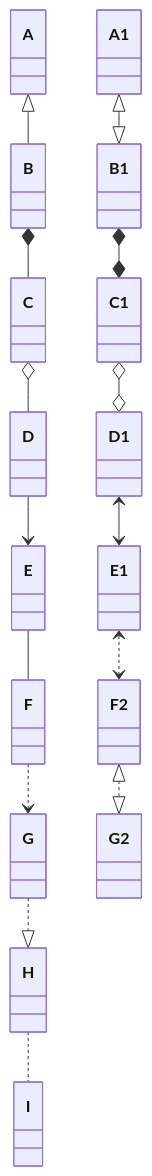
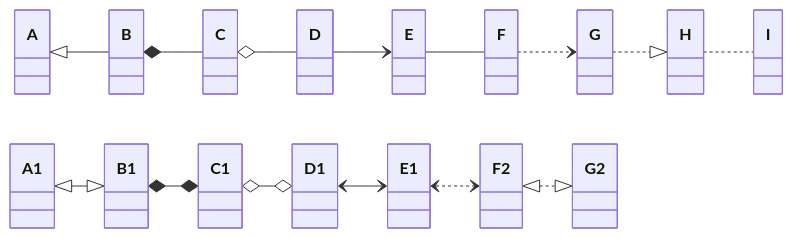
Diagram 11 of 14 in mermaid/类图.md (loulangogogo/blog), drawn with Mermaid before and after one commit. The commit also changed other lines of this file and 2 other files, not shown here.

````diff
--- a/mermaid/类图.md
+++ b/mermaid/类图.md
@@ -288,17 +289,18 @@
 ```mermaid
 classDiagram
+	direction LR
 	A <|-- B
 	B *-- C
 	C o-- D
 	D --> E
 	E -- F
 	F ..> G
 	G ..|> H
 	H .. I
 	A1 <|--|> B1
 	B1 *--* C1
 	C1 o--o D1
 	D1 <--> E1
 	E1 <..> F2
 	F2 <|..|> G2
 ```
````
